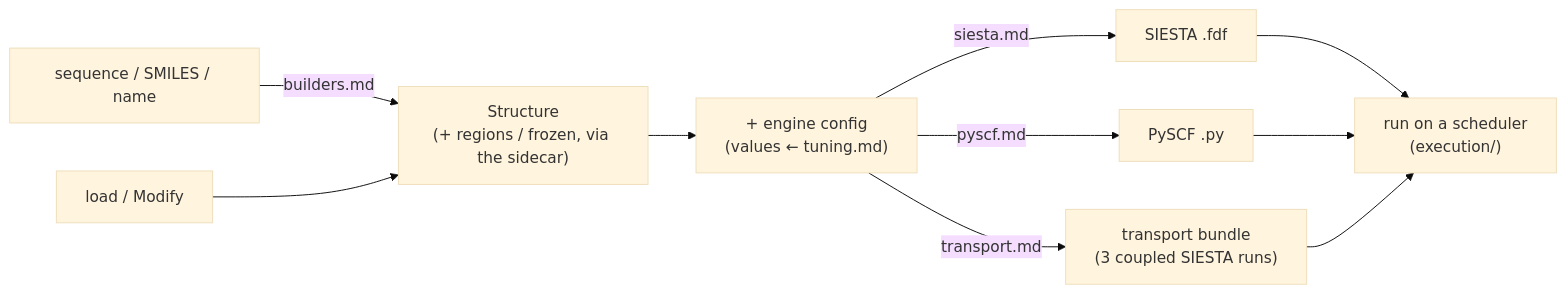
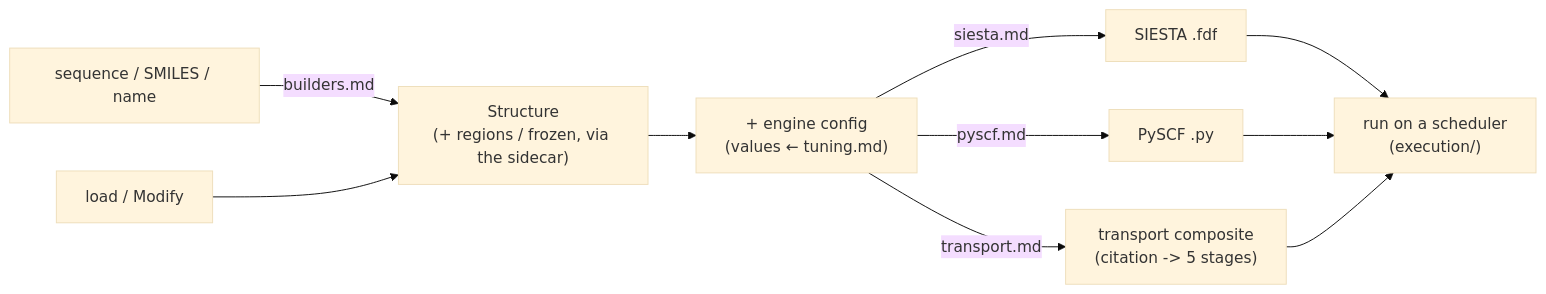
Before and after one commit to Qing-LAB/molbuilder: the first of 2 diagrams in docs/engines/overview.md, drawn with Mermaid (base theme). The commit also changed other lines of this file and 26 other files, not shown here.

````diff
--- a/docs/engines/overview.md
+++ b/docs/engines/overview.md
@@ -40,12 +40,12 @@
 ```mermaid
 flowchart LR
     DESC["sequence / SMILES / name"] -->|"builders.md"| ST["Structure<br/>(+ regions / frozen, via the sidecar)"]
     LOAD["load / Modify"] --> ST
     ST --> CFG["+ engine config<br/>(values ← tuning.md)"]
     CFG -->|"siesta.md"| FDF["SIESTA .fdf"]
     CFG -->|"pyscf.md"| PY["PySCF .py"]
-    CFG -->|"transport.md"| TB["transport bundle<br/>(3 coupled SIESTA runs)"]
+    CFG -->|"transport.md"| TB["transport composite<br/>(citation -> 5 stages)"]
     FDF --> RUN["run on a scheduler<br/>(execution/)"]
     PY --> RUN
     TB --> RUN
 ```
````
